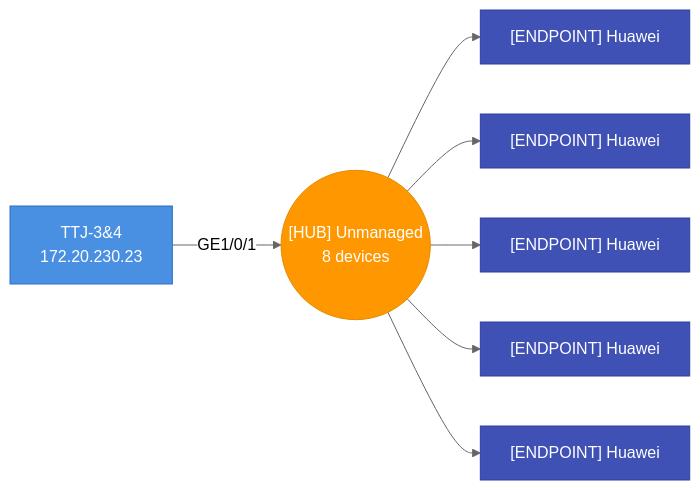
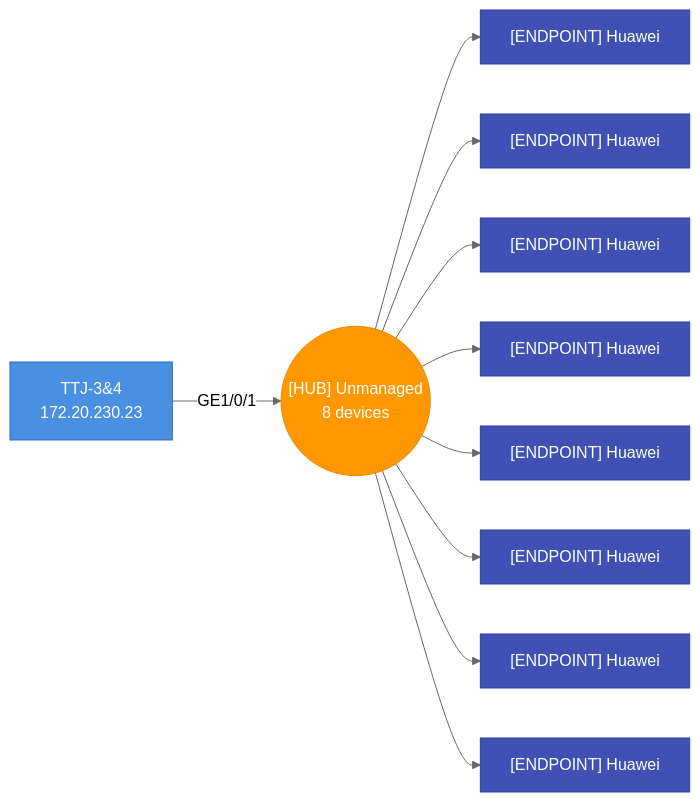
One commit to djamic/LLDP-Skanner-Go changed the tenth of 47 diagrams in testdata/golden/audit_default.md. Above: the diagram before and after it, drawn with Mermaid (neutral theme). The commit also changed other lines of this file and 12 other files, not shown here.

````diff
--- a/testdata/golden/audit_default.md
+++ b/testdata/golden/audit_default.md
@@ -1535,23 +1646,32 @@
 ```mermaid
 graph LR
   hub_4caea3a201ac_p1(("[HUB] Unmanaged<br>8 devices"))
   4caea3a201ac["TTJ-3&4<br>172.20.230.23"]
   4caea3a201ac-- "GE1/0/1" -->hub_4caea3a201ac_p1
   style 4caea3a201ac fill:#4A90E2,stroke:#2A6FC2,color:#fff
   bc9b5e37bf19["[ENDPOINT] Huawei"]
   hub_4caea3a201ac_p1-->bc9b5e37bf19
   style bc9b5e37bf19 fill:#3F51B5,stroke:#303F9F,color:#fff
   bc9b5e37bf20["[ENDPOINT] Huawei"]
   hub_4caea3a201ac_p1-->bc9b5e37bf20
   style bc9b5e37bf20 fill:#3F51B5,stroke:#303F9F,color:#fff
   bc9b5e37bf22["[ENDPOINT] Huawei"]
   hub_4caea3a201ac_p1-->bc9b5e37bf22
   style bc9b5e37bf22 fill:#3F51B5,stroke:#303F9F,color:#fff
   bc9b5e37bf33["[ENDPOINT] Huawei"]
   hub_4caea3a201ac_p1-->bc9b5e37bf33
   style bc9b5e37bf33 fill:#3F51B5,stroke:#303F9F,color:#fff
   bc9b5e37bf3a["[ENDPOINT] Huawei"]
   hub_4caea3a201ac_p1-->bc9b5e37bf3a
   style bc9b5e37bf3a fill:#3F51B5,stroke:#303F9F,color:#fff
+  bc9b5e37bf3b["[ENDPOINT] Huawei"]
+  hub_4caea3a201ac_p1-->bc9b5e37bf3b
+  style bc9b5e37bf3b fill:#3F51B5,stroke:#303F9F,color:#fff
+  bc9b5e37bf49["[ENDPOINT] Huawei"]
+  hub_4caea3a201ac_p1-->bc9b5e37bf49
+  style bc9b5e37bf49 fill:#3F51B5,stroke:#303F9F,color:#fff
+  bc9b5e37bf4b["[ENDPOINT] Huawei"]
+  hub_4caea3a201ac_p1-->bc9b5e37bf4b
+  style bc9b5e37bf4b fill:#3F51B5,stroke:#303F9F,color:#fff
   style hub_4caea3a201ac_p1 fill:#FF9800,stroke:#E68A00,color:#fff
 ```
````
